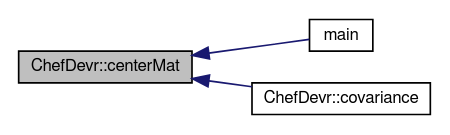
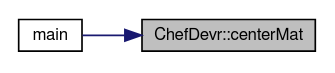
One commit to bsella/BRDF3000 changed the diagram in docs/namespace_chef_devr_a9579ab224f4fc15d1ab2f409d9d8a4c6_icgraph.dot. Above: the diagram before and after it, drawn with Graphviz. The commit also changed 236 other files, not shown here.

```diff
--- a/docs/namespace_chef_devr_a9579ab224f4fc15d1ab2f409d9d8a4c6_icgraph.dot
+++ b/docs/namespace_chef_devr_a9579ab224f4fc15d1ab2f409d9d8a4c6_icgraph.dot
@@ -1,11 +1,10 @@
 digraph "ChefDevr::centerMat"
 {
+ // LATEX_PDF_SIZE
   edge [fontname="FreeSans",fontsize="10",labelfontname="FreeSans",labelfontsize="10"];
   node [fontname="FreeSans",fontsize="10",shape=record];
-  rankdir="LR";
-  Node1 [label="ChefDevr::centerMat",height=0.2,width=0.4,color="black", fillcolor="grey75", style="filled", fontcolor="black"];
+  rankdir="RL";
+  Node1 [label="ChefDevr::centerMat",height=0.2,width=0.4,color="black", fillcolor="grey75", style="filled", fontcolor="black",tooltip="Centers matrix by sustracting mean to all columns."];
   Node1 -> Node2 [dir="back",color="midnightblue",fontsize="10",style="solid",fontname="FreeSans"];
-  Node2 [label="main",height=0.2,width=0.4,color="black", fillcolor="white", style="filled",URL="$main_8cpp.html#a65775db3214ebf9820e76bf61629231f"];
-  Node1 -> Node3 [dir="back",color="midnightblue",fontsize="10",style="solid",fontname="FreeSans"];
-  Node3 [label="ChefDevr::covariance",height=0.2,width=0.4,color="black", fillcolor="white", style="filled",URL="$namespace_chef_devr.html#a6c4d013fb62a0ebda77f459876959b69",tooltip="Covariance function given in the research paper : A Versatile Parametrization for Measured Materials ..."];
+  Node2 [label="main",height=0.2,width=0.4,color="black", fillcolor="white", style="filled",URL="$main_8cpp.html#a65775db3214ebf9820e76bf61629231f",tooltip=" "];
 }
```
